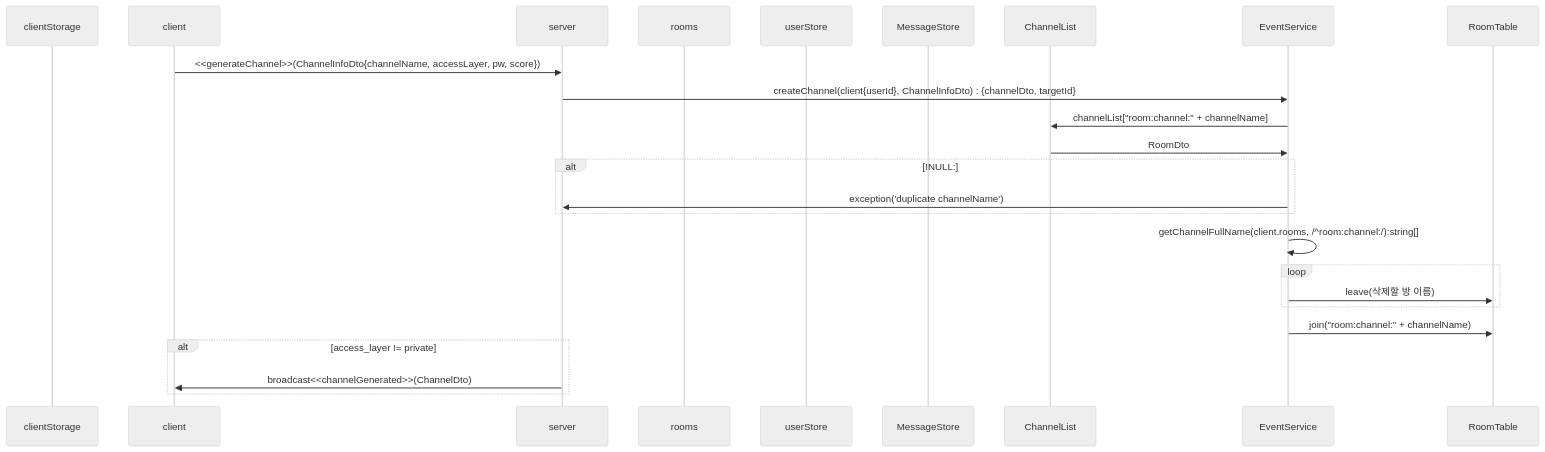
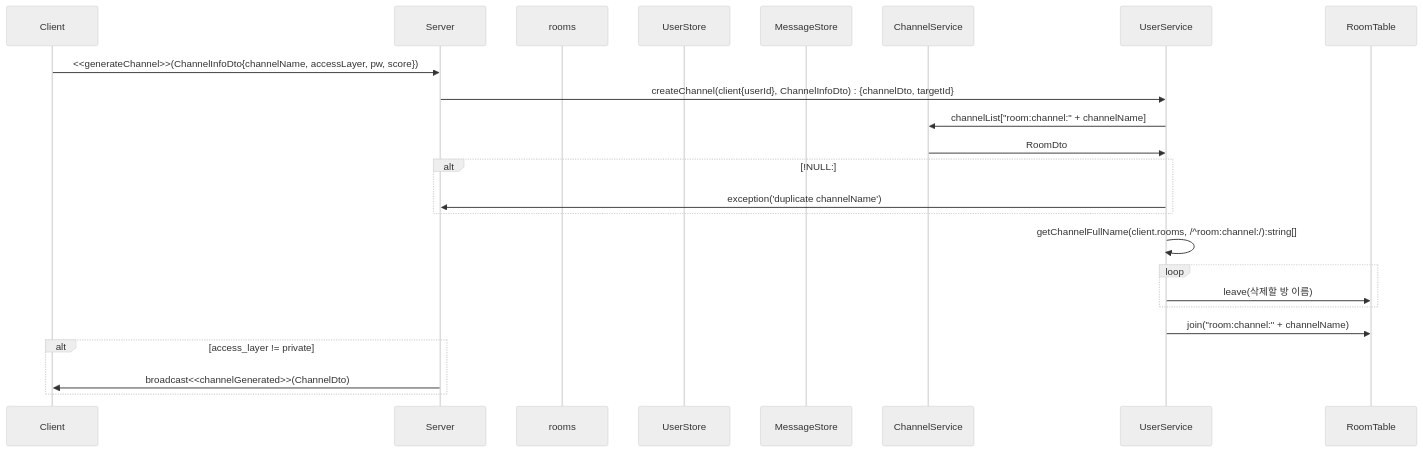
Diagram 16 of 20 in backend/node/app/event.md (mtak0235/simmons_transcendence), drawn with Mermaid (neutral theme) before and after one commit. The commit also changed other lines of this file, not shown here.

Commit message:
refactor: 백엔드 소켓 시퀀스 다이어그램 순서 정리 & 요청 응답 값 구체화

````diff
--- a/backend/node/app/event.md
+++ b/backend/node/app/event.md
@@ -485,28 +606,27 @@
 ```mermaid
 sequenceDiagram
-participant cls as clientStorage
-participant c as client
-participant ga as server
+participant c as Client
+participant ga as Server
 participant r as rooms
-participant ss as userStore
+participant ss as UserStore
 participant ms as MessageStore
-participant cns as ChannelList
-participant cs as EventService
+participant cns as ChannelService
+participant us as UserService
 participant rt as RoomTable
 
 c->>ga: <<generateChannel>>(ChannelInfoDto{channelName, accessLayer, pw, score})
-ga->>cs: createChannel(client{userId}, ChannelInfoDto) : {channelDto, targetId}
-cs->>cns: channelList["room:channel:" + channelName]
-cns->>cs: RoomDto
+ga->>us: createChannel(client{userId}, ChannelInfoDto) : {channelDto, targetId}
+us->>cns: channelList["room:channel:" + channelName]
+cns->>us: RoomDto
 alt !NULL:
-cs->> ga: exception('duplicate channelName');
+us->> ga: exception('duplicate channelName');
 end
-cs->>cs: getChannelFullName(client.rooms, /^room:channel:/):string[]
+us->>us: getChannelFullName(client.rooms, /^room:channel:/):string[]
 loop
-cs->>rt: leave(삭제할 방 이름)
+us->>rt: leave(삭제할 방 이름)
 end
-cs->>rt: join("room:channel:" + channelName)
+us->>rt: join("room:channel:" + channelName)
 alt access_layer != private
 ga->>c: broadcast<<channelGenerated>>(ChannelDto)
 end
 ```
````
